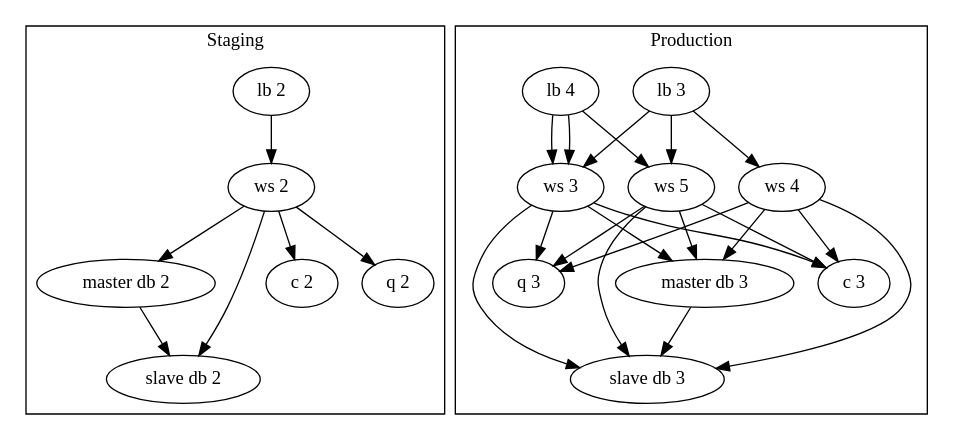
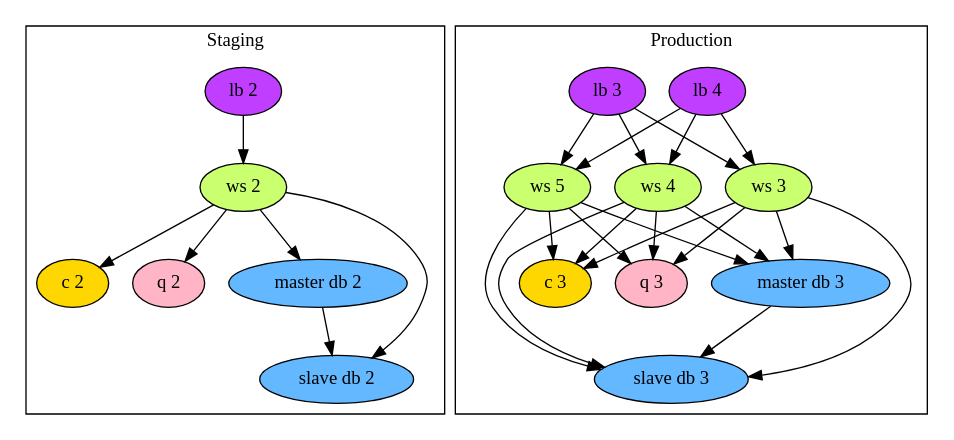
Before and after one commit to jonathanslenders/python-deployer: the fourth of 4 diagrams in docs/pages/architecture_of_roles_and_nodes.rst, drawn with Graphviz. The commit also changed other lines of this file, not shown here.

Commit message:
colours and typo fixes in graphs.

```diff
--- a/docs/pages/architecture_of_roles_and_nodes.rst
+++ b/docs/pages/architecture_of_roles_and_nodes.rst
@@ -78,36 +107,53 @@
 .. graphviz::
 
     digraph G2 {
       compound=true;
       subgraph cluster2 {
+           "lb 2" [style=filled, fillcolor=darkorchid1];
+           "ws 2" [style=filled, fillcolor=darkolivegreen1];
+           "c 2" [style=filled, fillcolor=gold1];
+           "q 2" [style=filled, fillcolor=pink1];
+           "master db 2" [style=filled, fillcolor=steelblue1];
+           "slave db 2" [style=filled, fillcolor=steelblue1];
+
            label="Staging";
            "lb 2" -> "ws 2";
            "ws 2" -> "master db 2";
            "ws 2" -> "slave db 2";
            "ws 2" -> "c 2";
            "ws 2" -> "q 2";
            "master db 2" -> "slave db 2";
       }
       subgraph cluster3 {
+           "lb 3" [style=filled, fillcolor=darkorchid1];
+           "lb 4" [style=filled, fillcolor=darkorchid1];
+           "ws 3" [style=filled, fillcolor=darkolivegreen1];
+           "ws 4" [style=filled, fillcolor=darkolivegreen1];
+           "ws 5" [style=filled, fillcolor=darkolivegreen1];
+           "c 3" [style=filled, fillcolor=gold1];
+           "q 3" [style=filled, fillcolor=pink1];
+           "master db 3" [style=filled, fillcolor=steelblue1];
+           "slave db 3" [style=filled, fillcolor=steelblue1];
+
            label="Production";
            "lb 3" -> "ws 3";
            "lb 3" -> "ws 4";
            "lb 3" -> "ws 5";
            "lb 4" -> "ws 3";
-           "lb 4" -> "ws 3";
+           "lb 4" -> "ws 4";
            "lb 4" -> "ws 5";
            "ws 3" -> "master db 3";
            "ws 3" -> "slave db 3";
            "ws 3" -> "c 3";
            "ws 3" -> "q 3";
            "ws 4" -> "master db 3";
            "ws 4" -> "slave db 3";
            "ws 4" -> "c 3";
            "ws 4" -> "q 3";
            "ws 5" -> "master db 3";
            "ws 5" -> "slave db 3";
            "ws 5" -> "c 3";
            "ws 5" -> "q 3";
            "master db 3" -> "slave db 3";
       }
     }
```
